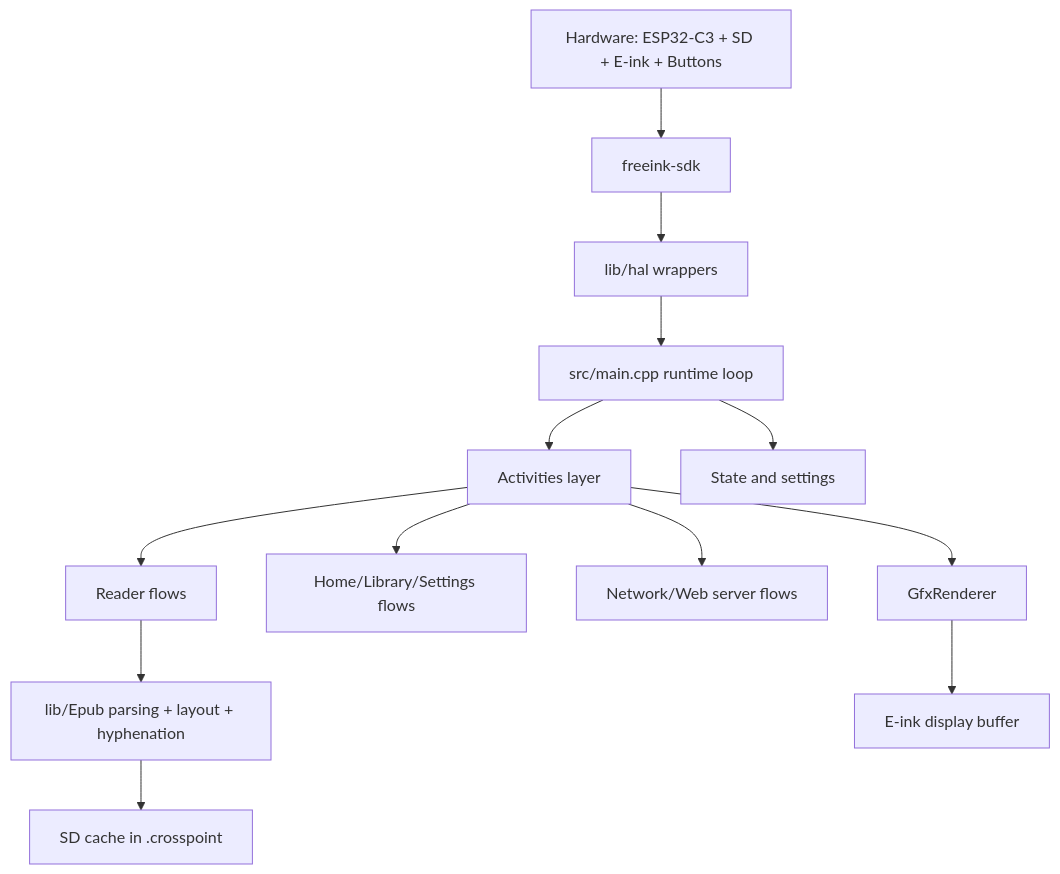
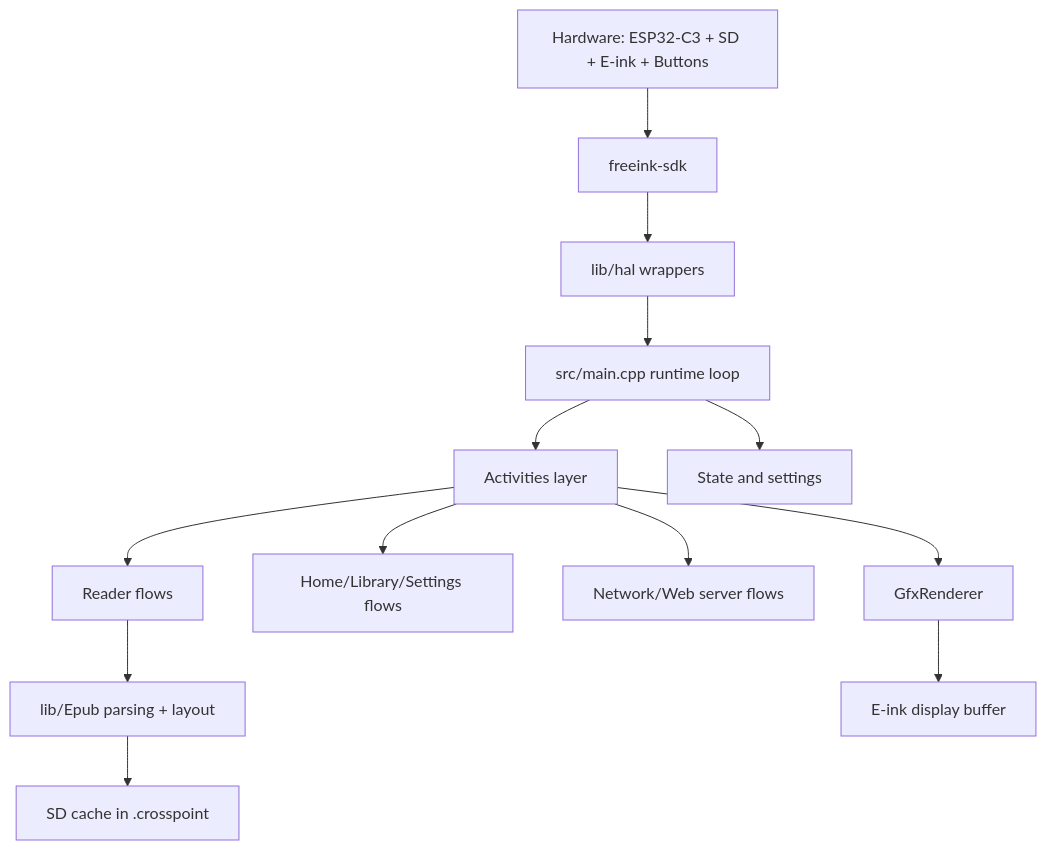
Before and after one commit to diogo7dias/lector: the first of 4 diagrams in docs/contributing/architecture.md, drawn with Mermaid. The commit also changed other lines of this file and 108 other files, not shown here.

````diff
--- a/docs/contributing/architecture.md
+++ b/docs/contributing/architecture.md
@@ -9,15 +9,15 @@
 ```mermaid
 graph TD
     A[Hardware: ESP32-C3 + SD + E-ink + Buttons] --> B[freeink-sdk]
     B --> C[lib/hal wrappers]
     C --> D[src/main.cpp runtime loop]
     D --> E[Activities layer]
     D --> F[State and settings]
     E --> G[Reader flows]
     E --> H[Home/Library/Settings flows]
     E --> I[Network/Web server flows]
-    G --> J[lib/Epub parsing + layout + hyphenation]
+    G --> J[lib/Epub parsing + layout]
     J --> K[SD cache in .crosspoint]
     E --> L[GfxRenderer]
     L --> M[E-ink display buffer]
 ```
````
